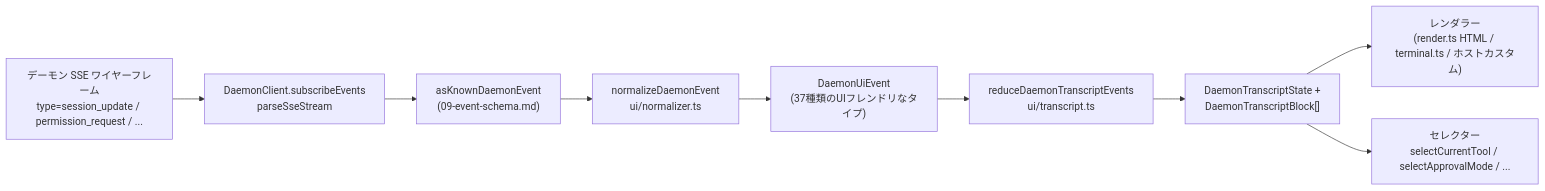
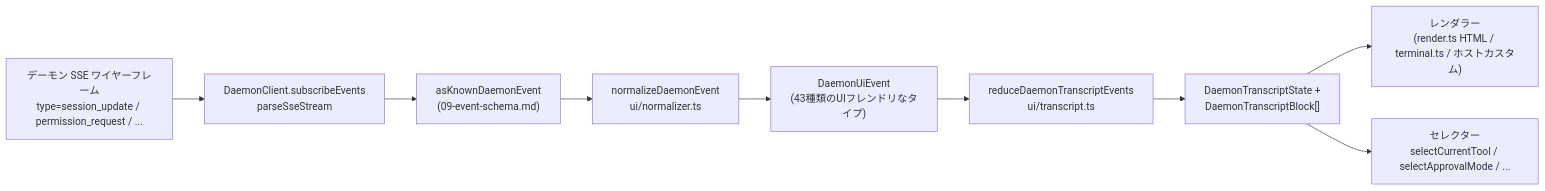
Before and after one commit to QwenLM/qwen-code-docs: the diagram in website/content/ja/developers/daemon/14-cli-tui-adapter.md, drawn with Mermaid. The commit also changed other lines of this file and 265 other files, not shown here.

````diff
--- a/website/content/ja/developers/daemon/14-cli-tui-adapter.md
+++ b/website/content/ja/developers/daemon/14-cli-tui-adapter.md
@@ -114,12 +114,12 @@
 ```mermaid
 flowchart LR
     A["デーモン SSE ワイヤーフレーム<br/>type=session_update / permission_request / ..."]
     A --> B["DaemonClient.subscribeEvents<br/>parseSseStream"]
     B --> C["asKnownDaemonEvent<br/>(09-event-schema.md)"]
     C --> D["normalizeDaemonEvent<br/>ui/normalizer.ts"]
-    D --> E["DaemonUiEvent<br/>(37種類のUIフレンドリなタイプ)"]
+    D --> E["DaemonUiEvent<br/>(43種類のUIフレンドリなタイプ)"]
     E --> F["reduceDaemonTranscriptEvents<br/>ui/transcript.ts"]
     F --> G["DaemonTranscriptState +<br/>DaemonTranscriptBlock[]"]
     G --> H["レンダラー<br/>(render.ts HTML / terminal.ts / ホストカスタム)"]
     G --> I["セレクター<br/>selectCurrentTool / selectApprovalMode / ..."]
 ```
````
